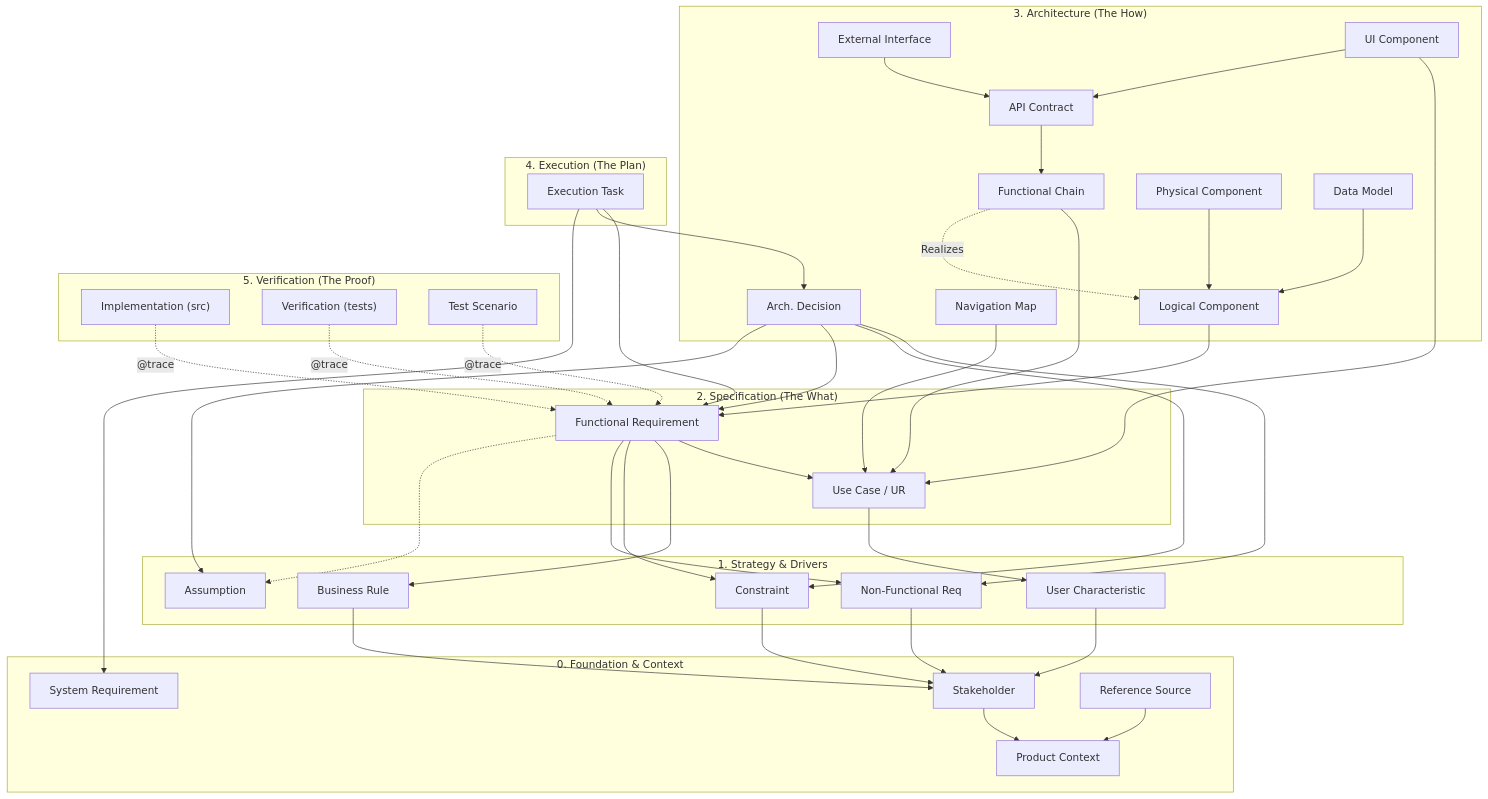
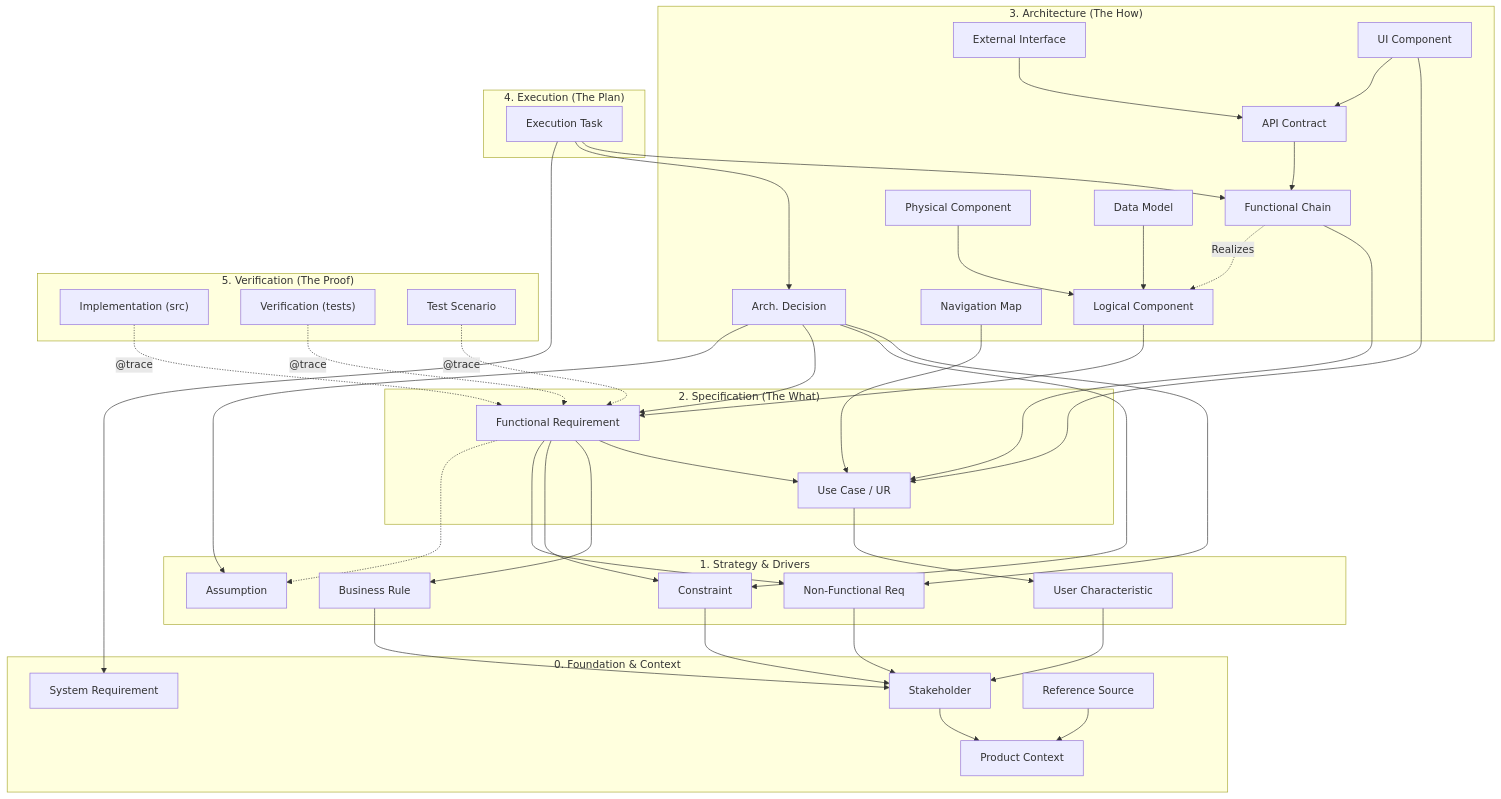
Before and after one commit to SergeyVlSorokin/SpecLoom: the diagram in src/assets/protocol/traceability_map.md, drawn with Mermaid. The commit also changed other lines of this file and 6 other files, not shown here.

````diff
--- a/src/assets/protocol/traceability_map.md
+++ b/src/assets/protocol/traceability_map.md
@@ -13,57 +13,57 @@
 ```mermaid
 graph TD
     subgraph Layer_0_Foundation ["0. Foundation & Context"]
         SYS[System Requirement]
         CTX[Product Context]
         STK[Stakeholder] --> CTX
         REF[Reference Source] --> CTX
     end
 
     subgraph Layer_1_Drivers ["1. Strategy & Drivers"]
         BR[Business Rule] --> STK
         NFR[Non-Functional Req] --> STK
         CON[Constraint] --> STK
         UCH[User Characteristic] --> STK
         ASM[Assumption]
     end
 
     subgraph Layer_2_Specification ["2. Specification (The What)"]
         UR[Use Case / UR] --> UCH
         FR[Functional Requirement] --> UR
         FR --> BR
         FR --> CON
         FR --> NFR
         FR -.-> ASM
     end
 
     subgraph Layer_3_Architecture ["3. Architecture (The How)"]
         LCOMP[Logical Component] --> FR
         FCHAIN[Functional Chain] --> UR
         FCHAIN -.->|Realizes| LCOMP
         PCOMP[Physical Component] --> LCOMP
         API[API Contract] --> FCHAIN
         DATA[Data Model] --> LCOMP
         EXT[External Interface] --> API
         NAV[Navigation Map] --> UR
         UIC[UI Component] --> UR
         UIC --> API
         
         %% ADRs can be triggered by any requirement or assumption
         ADR[Arch. Decision] --> NFR
         ADR --> CON
         ADR --> FR
         ADR --> ASM
     end
 
     subgraph Layer_4_Execution ["4. Execution (The Plan)"]
-        TASK[Execution Task] --> FR
+        TASK[Execution Task] --> FCHAIN
         TASK --> ADR
         TASK --> SYS
     end
     
     subgraph Layer_5_Verification ["5. Verification (The Proof)"]
         CODE["Implementation (src)"] -.->|"@trace"| FR
         TEST["Verification (tests)"] -.->|"@trace"| FR
         SCN[Test Scenario] -.->|"@trace"| FR
     end
 ```
````
